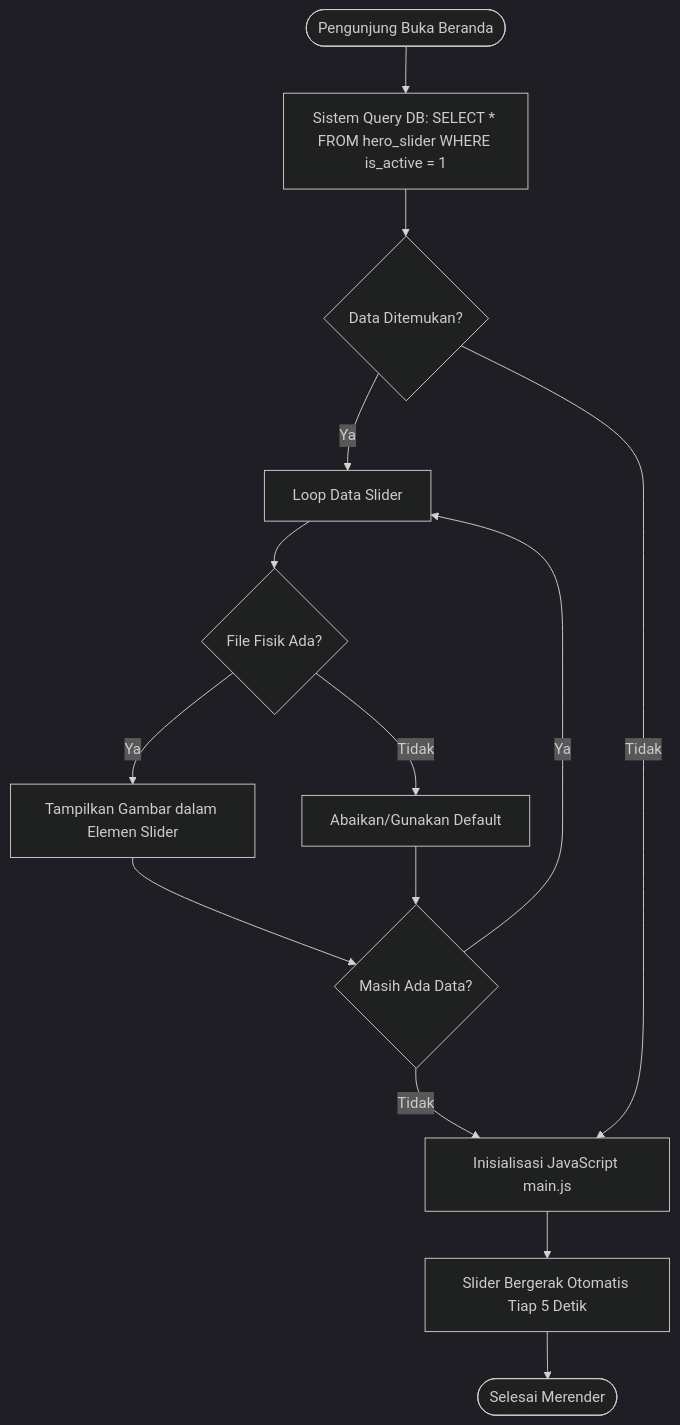
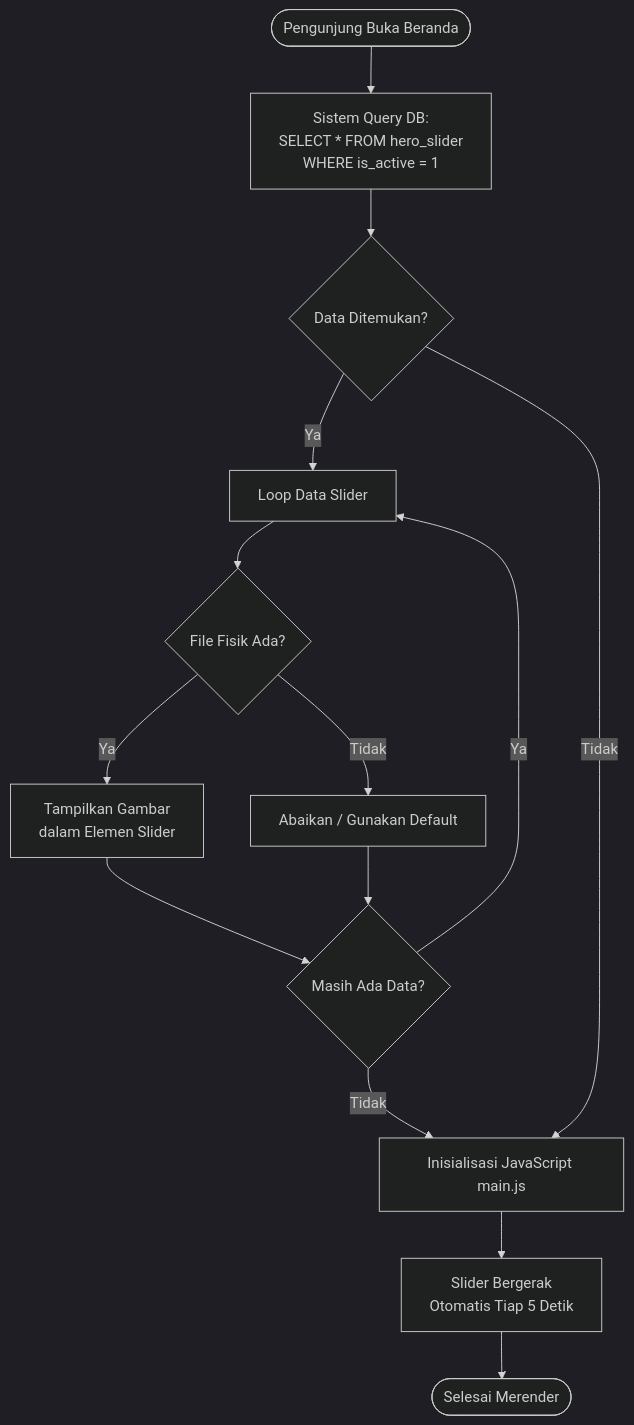
The first of 2 diagrams in docs/activity_diagram_slider.md (arbain-dev/Web_fikom), drawn with Mermaid (dark theme) before and after one commit. The commit also changed other lines of this file, not shown here.

Commit message:
docs: perbaiki teks terpotong dengan word-wrap br pada diagram slider

````diff
--- a/docs/activity_diagram_slider.md
+++ b/docs/activity_diagram_slider.md
@@ -11,23 +11,23 @@
 ```mermaid
 flowchart TD
-    Start(["Pengunjung Buka Beranda"]) --> DBQuery["Sistem Query DB: SELECT * FROM hero_slider WHERE is_active = 1"]
+    Start([Pengunjung Buka Beranda]) --> DBQuery[Sistem Query DB:<br>SELECT * FROM hero_slider<br>WHERE is_active = 1]
     
-    DBQuery --> CheckData{"Data Ditemukan?"}
+    DBQuery --> CheckData{Data Ditemukan?}
     
-    CheckData -- "Ya" --> Loop["Loop Data Slider"]
-    Loop --> ValidateFile{"File Fisik Ada?"}
+    CheckData -- Ya --> Loop[Loop Data Slider]
+    Loop --> ValidateFile{File Fisik Ada?}
     
-    ValidateFile -- "Ya" --> RenderSlide["Tampilkan Gambar dalam Elemen Slider"]
-    ValidateFile -- "Tidak" --> Fallback["Abaikan/Gunakan Default"]
+    ValidateFile -- Ya --> RenderSlide[Tampilkan Gambar<br>dalam Elemen Slider]
+    ValidateFile -- Tidak --> Fallback[Abaikan / Gunakan Default]
     
-    RenderSlide --> CheckMore{"Masih Ada Data?"}
+    RenderSlide --> CheckMore{Masih Ada Data?}
     Fallback --> CheckMore
     
-    CheckMore -- "Ya" --> Loop
-    CheckMore -- "Tidak" --> InitJS["Inisialisasi JavaScript main.js"]
+    CheckMore -- Ya --> Loop
+    CheckMore -- Tidak --> InitJS[Inisialisasi JavaScript main.js]
     
-    CheckData -- "Tidak" --> InitJS
+    CheckData -- Tidak --> InitJS
     
-    InitJS --> AutoChange["Slider Bergerak Otomatis Tiap 5 Detik"]
-    AutoChange --> End(["Selesai Merender"])
+    InitJS --> AutoChange[Slider Bergerak<br>Otomatis Tiap 5 Detik]
+    AutoChange --> End([Selesai Merender])
 ```
````
